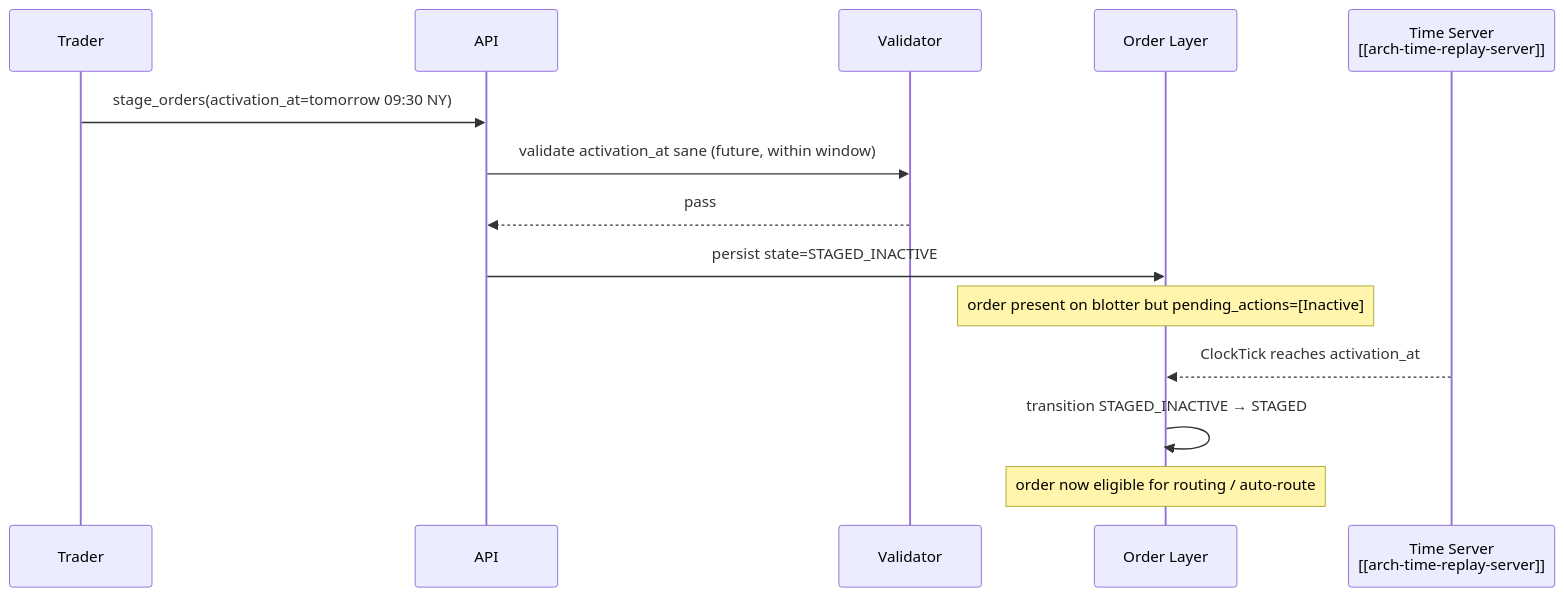
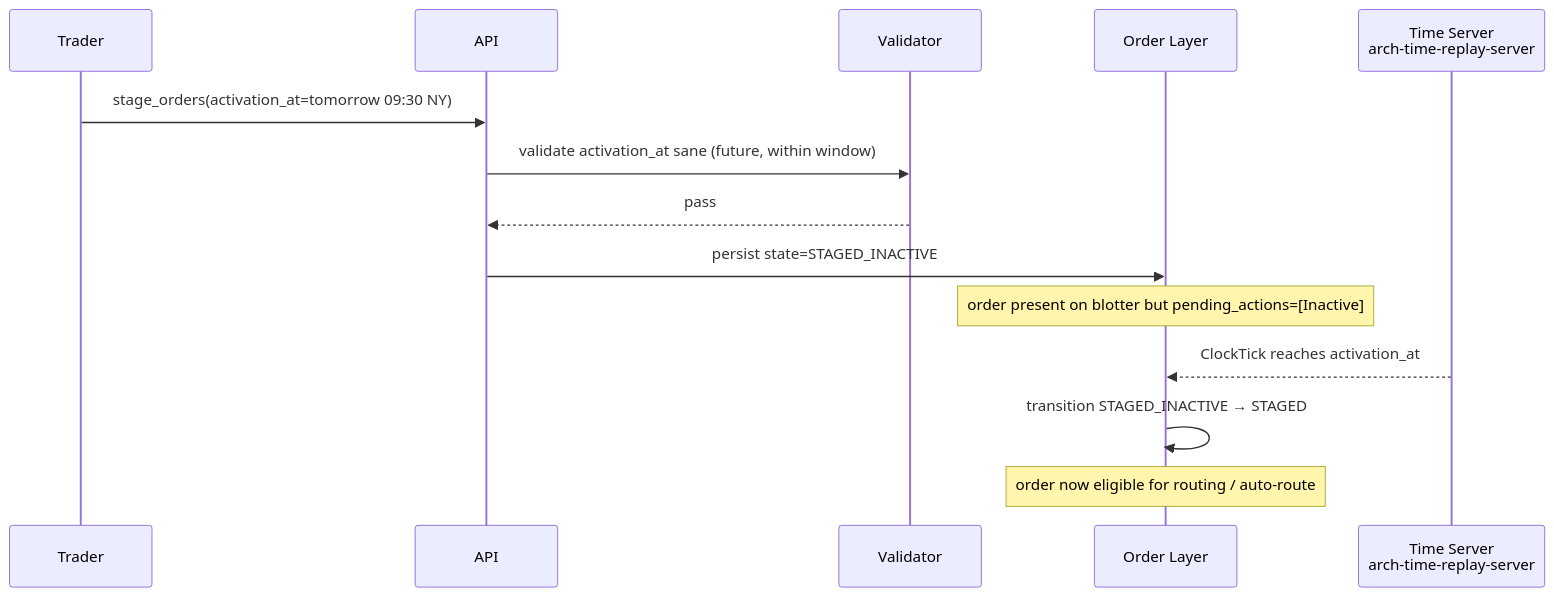
Before and after one commit to yksi7417/cross_asset_ems: the diagram in 20_workflows/others/temporal.md, drawn with Mermaid. The commit also changed 39 other files, not shown here.

First line of the commit message:
fix: strip Obsidian wikilinks from Mermaid blocks (Quartz render bug)

````diff
--- a/20_workflows/others/temporal.md
+++ b/20_workflows/others/temporal.md
@@ -37,17 +37,17 @@
 ```mermaid
 sequenceDiagram
   participant U as Trader
   participant API as API
   participant V as Validator
   participant O as Order Layer
-  participant T as Time Server<br/>[[arch-time-replay-server]]
+  participant T as Time Server<br/>arch-time-replay-server
 
   U->>API: stage_orders(activation_at=tomorrow 09:30 NY)
   API->>V: validate activation_at sane (future, within window)
   V-->>API: pass
   API->>O: persist state=STAGED_INACTIVE
   Note over O: order present on blotter but pending_actions=[Inactive]
   T-->>O: ClockTick reaches activation_at
   O->>O: transition STAGED_INACTIVE → STAGED
   Note over O: order now eligible for routing / auto-route
 ```
````
